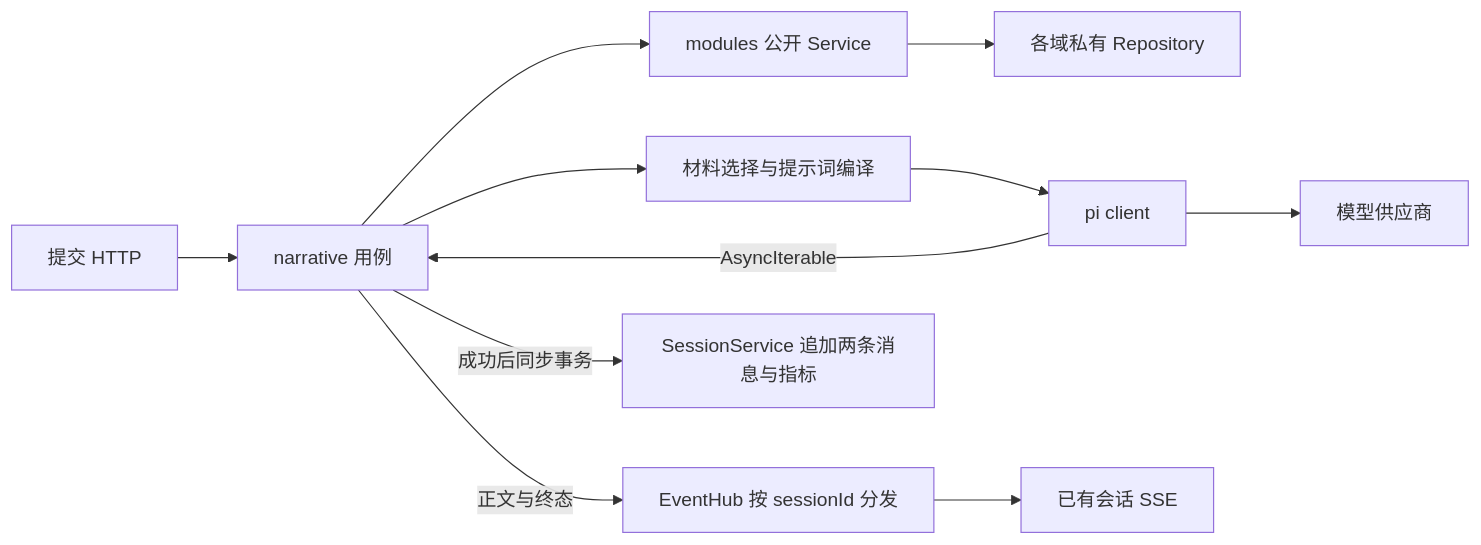
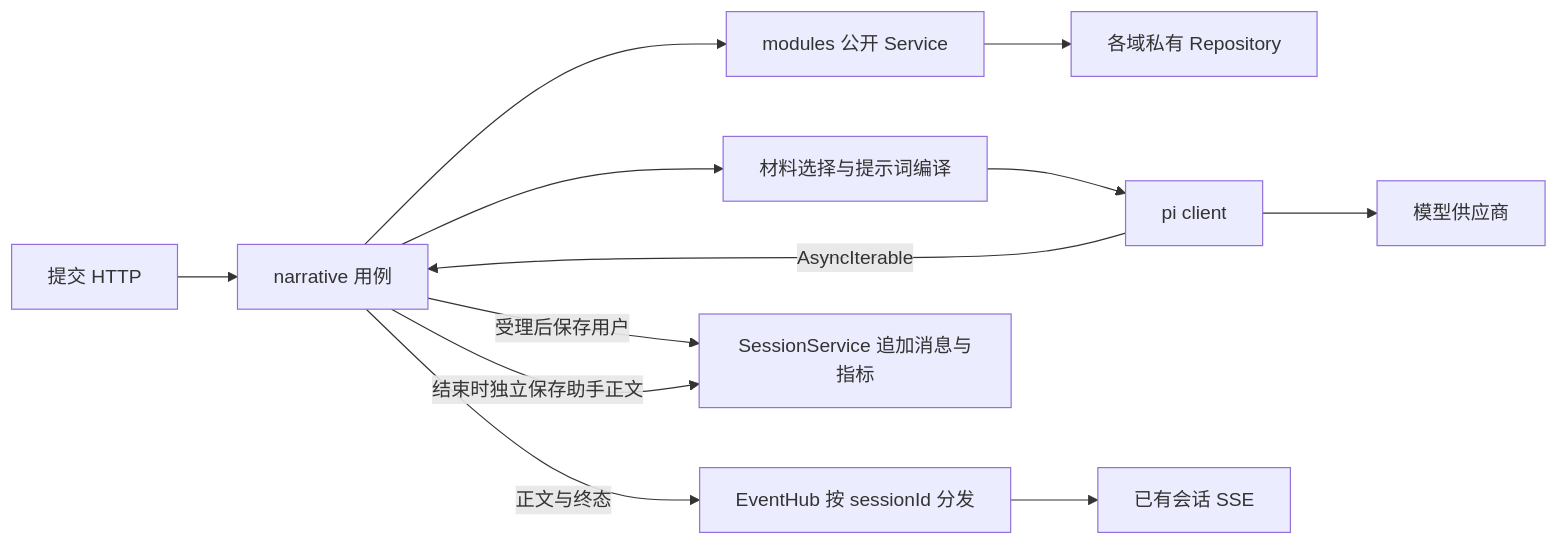
The diagram in plan/server-v2-narrative-v1-design.md (huiru-wang/SillyRealms), drawn with Mermaid before and after one commit. The commit also changed other lines of this file and 74 other files, not shown here.

````diff
--- a/plan/server-v2-narrative-v1-design.md
+++ b/plan/server-v2-narrative-v1-design.md
@@ -88,13 +89,14 @@
 ```mermaid
 flowchart LR
   POST[提交 HTTP] --> N[narrative 用例]
   N --> M[modules 公开 Service]
   M --> R[各域私有 Repository]
   N --> C[材料选择与提示词编译]
   C --> P[pi client]
   P --> L[模型供应商]
   P -->|AsyncIterable| N
   N -->|正文与终态| H[EventHub 按 sessionId 分发]
   H --> SSE[已有会话 SSE]
-  N -->|成功后同步事务| S[SessionService 追加两条消息与指标]
+  N -->|受理后保存用户| S[SessionService 追加消息与指标]
+  N -->|结束时独立保存助手正文| S
 ```
````
